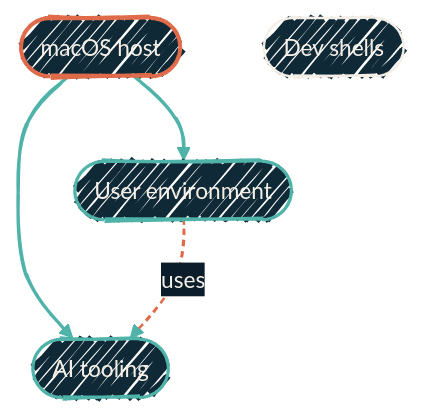
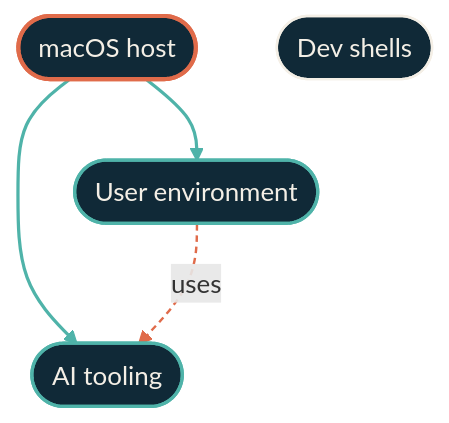
One commit to dryvist/docs changed the diagram in nix/overview.mdx. Above: the diagram before and after it, drawn with Mermaid. The commit also changed other lines of this file and 116 other files, not shown here.

````diff
--- a/nix/overview.mdx
+++ b/nix/overview.mdx
@@ -21,24 +21,31 @@
 ```mermaid
-%%{init:
-  {'theme':'base','look':'handDrawn','themeVariables':{'fontFamily':'Geist','fontSize':'14px','primaryColor':'#102937','primaryTextColor':'#F4EFE6','primaryBorderColor':'#4FB3A9','lineColor':'#4FB3A9','secondaryColor':'#0B1D2A','tertiaryColor':'#1A2A38','clusterBkg':'rgba(79,179,169,0.08)','clusterBorder':'#4FB3A9'}}}%%
-  flowchart TB
+%%{init: {"theme":"base","look":"handDrawn","themeVariables":{"primaryColor":"#123a36","primaryTextColor":"#f4efe6","primaryBorderColor":"#4fb3a9","lineColor":"#4fb3a9","secondaryColor":"#0b1d2a","tertiaryColor":"#16293a","clusterBkg":"#08151f","clusterBorder":"#4fb3a9","fontFamily":"'Geist Sans', system-ui, -apple-system, BlinkMacSystemFont, 'Segoe UI', Roboto, sans-serif","fontSize":"14px"}}}%%
+flowchart TB
+  classDef src fill:#16293a,stroke:#e06b4a,stroke-width:2px,color:#f4efe6;
+  classDef ai fill:#16293a,stroke:#e06b4a,stroke-width:2px,color:#f4efe6;
+  classDef gate fill:#16293a,stroke:#e06b4a,stroke-width:2.5px,color:#f4efe6;
+  classDef hop fill:#16293a,stroke:#4fb3a9,stroke-width:2px,color:#f4efe6;
+  classDef host fill:#16293a,stroke:#4fb3a9,stroke-width:2px,color:#f4efe6;
+  classDef sink fill:#16293a,stroke:#f4efe6,stroke-width:2px,color:#f4efe6;
+  classDef auto fill:#16293a,stroke:#f4efe6,stroke-width:1.5px,color:#f4efe6;
+  classDef external fill:#16293a,stroke:#e6b35a,stroke-width:2px,color:#f4efe6;
   ND([macOS host])
   NH([User environment])
   NA([AI tooling])
   NDV([Dev shells])
 
   ND --> NH
   ND --> NA
   NH -.uses.-> NA
 
   classDef sys  fill:#102937,stroke:#E06B4A,stroke-width:2.5px,color:#F4EFE6;
   classDef usr  fill:#102937,stroke:#4FB3A9,stroke-width:2px,color:#F4EFE6;
   classDef proj fill:#102937,stroke:#F4EFE6,stroke-width:1.5px,color:#F4EFE6;
 
   class ND sys
   class NH,NA usr
   class NDV proj
 
   linkStyle 0,1 stroke:#4FB3A9,stroke-width:2px;
   linkStyle 2 stroke:#E06B4A,stroke-width:1.5px,stroke-dasharray:4 3;
 ```
````
